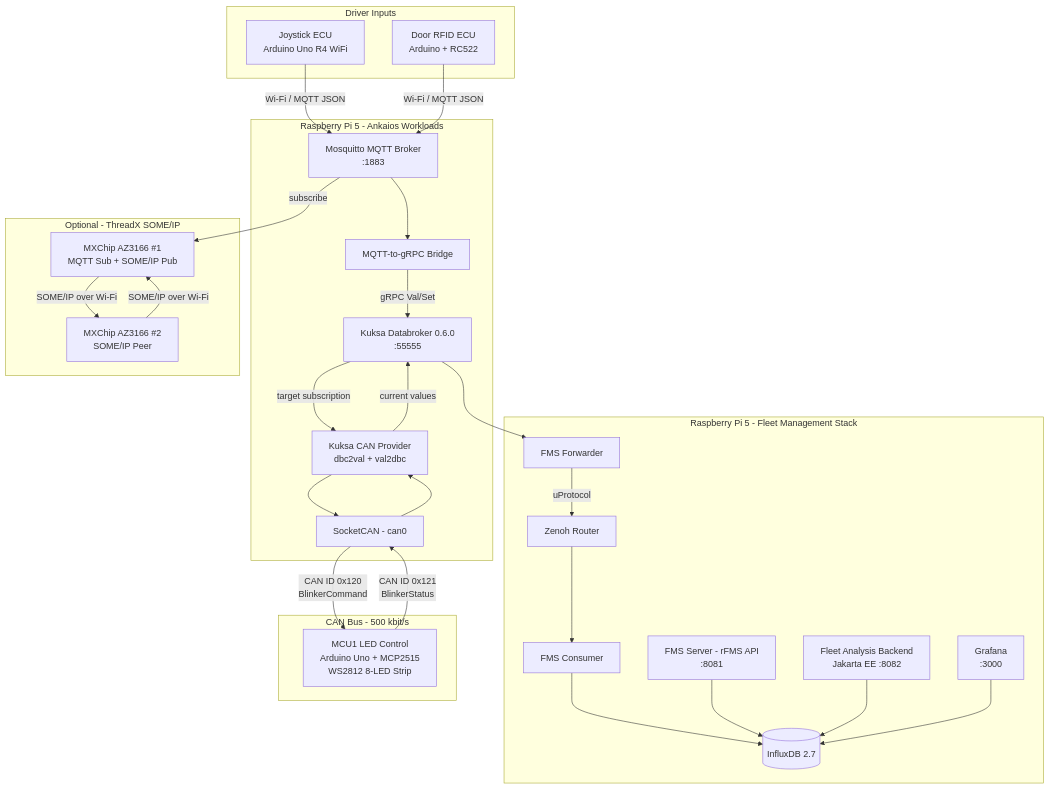
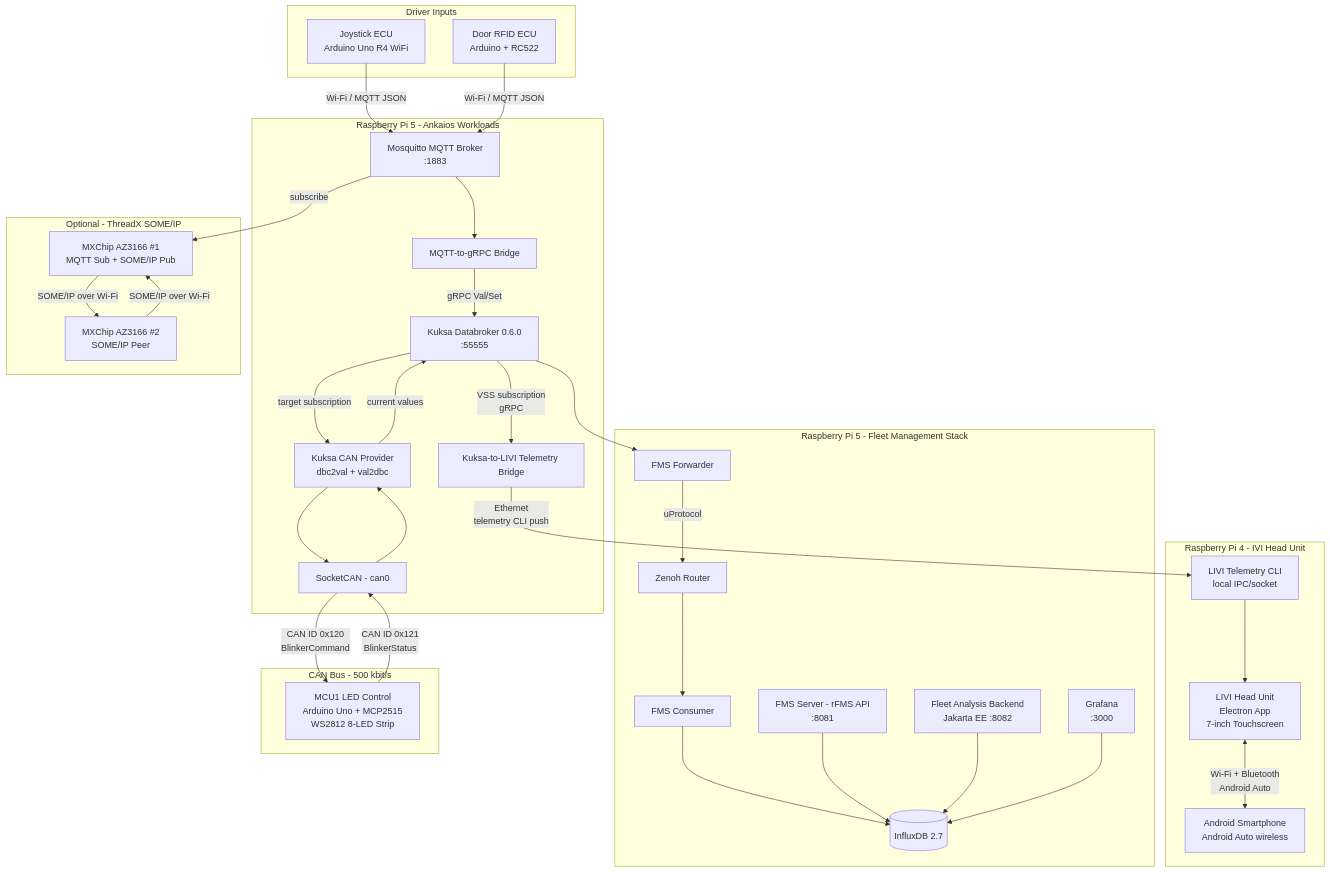
The first of 2 diagrams in docs/website/architecture.md (eclipse-sdv-blueprints/e2e-vehicle-signals), drawn with Mermaid before and after one commit. The commit also changed other lines of this file and 9 other files, not shown here.

First line of the commit message:
feat: add Kuksa-to-LIVI telemetry bridge

````diff
--- a/docs/website/architecture.md
+++ b/docs/website/architecture.md
@@ -12,57 +12,69 @@
 ```mermaid
 graph TB
     subgraph Driver Inputs
         JOY[Joystick ECU<br/>Arduino Uno R4 WiFi]
         RFID[Door RFID ECU<br/>Arduino + RC522]
     end
 
     subgraph AnkaiosWL["Raspberry Pi 5 - Ankaios Workloads"]
         MOSQ[Mosquitto MQTT Broker<br/>:1883]
         BRIDGE[MQTT-to-gRPC Bridge]
         KDB[Kuksa Databroker 0.6.0<br/>:55555]
         CAN_PROV[Kuksa CAN Provider<br/>dbc2val + val2dbc]
         SOCK["SocketCAN - can0"]
+        LIVI_BRIDGE[Kuksa-to-LIVI Telemetry Bridge]
+    end
+
+    subgraph IVI["Raspberry Pi 4 - IVI Head Unit"]
+        LIVI["LIVI Head Unit<br/>Electron App<br/>7-inch Touchscreen"]
+        LIVI_CLI["LIVI Telemetry CLI<br/>local IPC/socket"]
+        PHONE["Android Smartphone<br/>Android Auto wireless"]
     end
 
     subgraph FMStack["Raspberry Pi 5 - Fleet Management Stack"]
         FWD[FMS Forwarder]
         ZENOH[Zenoh Router]
         CONS[FMS Consumer]
         INFLUX[(InfluxDB 2.7)]
         FMS_SRV["FMS Server - rFMS API<br/>:8081"]
         ANALYTICS[Fleet Analysis Backend<br/>Jakarta EE :8082]
         GRAFANA[Grafana<br/>:3000]
     end
 
     subgraph CANBus1["CAN Bus - 500 kbit/s"]
         LED_ECU[MCU1 LED Control<br/>Arduino Uno + MCP2515<br/>WS2812 8-LED Strip]
     end
 
     subgraph ThreadX["Optional - ThreadX SOME/IP"]
         AZ1[MXChip AZ3166 #1<br/>MQTT Sub + SOME/IP Pub]
         AZ2[MXChip AZ3166 #2<br/>SOME/IP Peer]
     end
 
     JOY -->|Wi-Fi / MQTT JSON| MOSQ
     RFID -->|Wi-Fi / MQTT JSON| MOSQ
     MOSQ --> BRIDGE
     BRIDGE -->|gRPC Val/Set| KDB
     KDB -->|target subscription| CAN_PROV
     CAN_PROV --> SOCK
     SOCK -->|CAN ID 0x120<br/>BlinkerCommand| LED_ECU
     LED_ECU -->|CAN ID 0x121<br/>BlinkerStatus| SOCK
     SOCK --> CAN_PROV
     CAN_PROV -->|current values| KDB
 
+    KDB -->|VSS subscription<br/>gRPC| LIVI_BRIDGE
+    LIVI_BRIDGE -->|Ethernet<br/>telemetry CLI push| LIVI_CLI
+    LIVI_CLI --> LIVI
+    LIVI <-->|Wi-Fi + Bluetooth<br/>Android Auto| PHONE
+
     KDB --> FWD
     FWD -->|uProtocol| ZENOH
     ZENOH --> CONS
     CONS --> INFLUX
     FMS_SRV --> INFLUX
     ANALYTICS --> INFLUX
     GRAFANA --> INFLUX
 
     MOSQ -->|subscribe| AZ1
     AZ1 -->|SOME/IP over Wi-Fi| AZ2
     AZ2 -->|SOME/IP over Wi-Fi| AZ1
 ```
````
